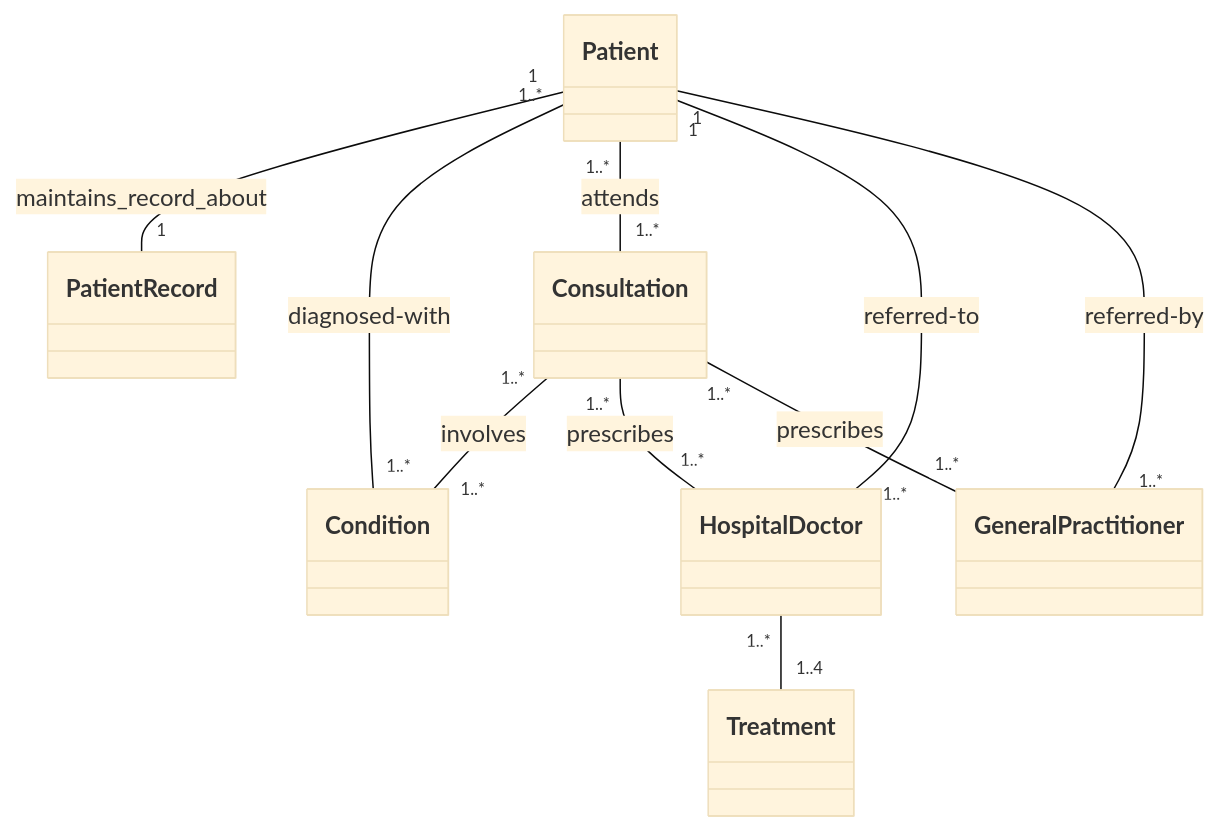
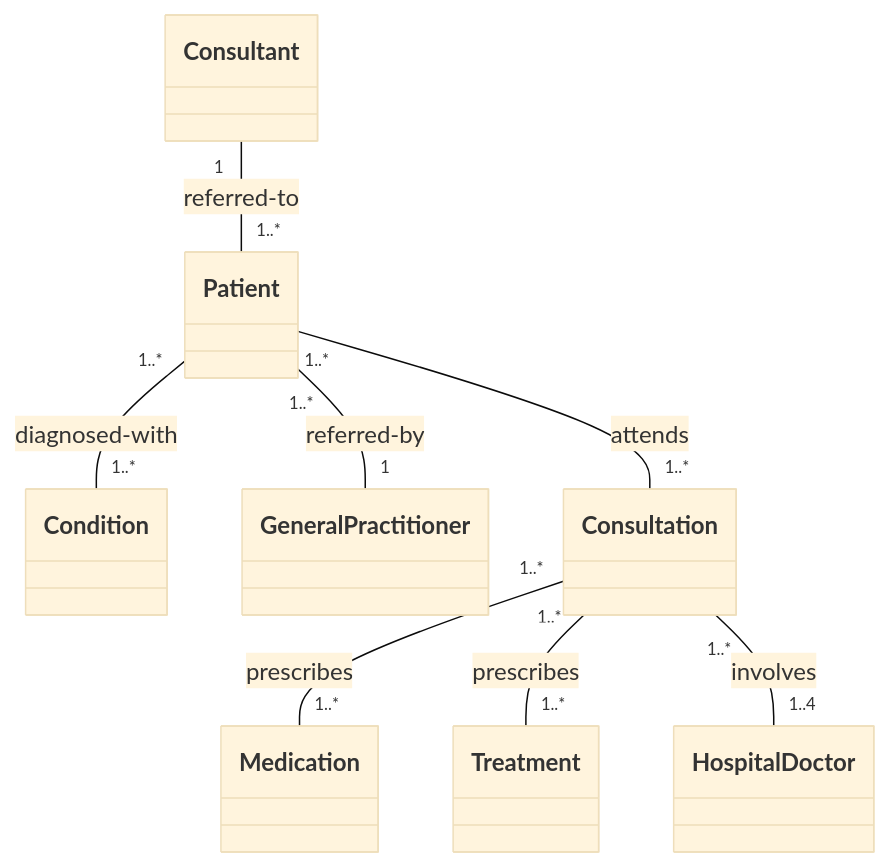
One commit to sujith-eag/sujith-library changed the first of 4 diagrams in docs/mca/se/unit_21/4_structural_models.md. Above: the diagram before and after it, drawn with Mermaid (base theme). The commit also changed other lines of this file and 12 other files, not shown here.

````diff
--- a/docs/mca/se/unit_21/4_structural_models.md
+++ b/docs/mca/se/unit_21/4_structural_models.md
@@ -53,29 +59,27 @@
 ```mermaid
 classDiagram
+    class Consultant{
+    }
     class Patient {
-        
-    }
-    class PatientRecord {
-        
     }
     class Condition {
     }
+    class GeneralPractitioner {
+    }
     class Consultation {
+    }
+    class Medication {
+    }
+    class Treatment {
     }
     class HospitalDoctor {
     }
-    class GeneralPractitioner {
-    }
 
-    Patient "1" -- "1" PatientRecord : maintains_record_about
+    Consultant "1" -- "1..*" Patient : referred-to
+    Patient "1..*" -- "1..*" Consultation : attends
     Patient "1..*" -- "1..*" Condition : diagnosed-with
-    Patient "1..*" -- "1..*" Consultation : attends
-    Patient "1" -- "1..*" HospitalDoctor : referred-to
-    Patient "1" -- "1..*" GeneralPractitioner : referred-by
-
-    Consultation "1..*" -- "1..*" Condition : involves
-    Consultation "1..*" -- "1..*" HospitalDoctor : prescribes
-    Consultation "1..*" -- "1..*" GeneralPractitioner : prescribes
-
-    HospitalDoctor "1..*" -- "1..4" Treatment
+    Patient "1..*" -- "1" GeneralPractitioner : referred-by
+    Consultation "1..*" -- "1..*" Medication : prescribes
+    Consultation "1..*" -- "1..*" Treatment : prescribes
+    Consultation "1..*" -- "1..4" HospitalDoctor : involves    
 ```
````
